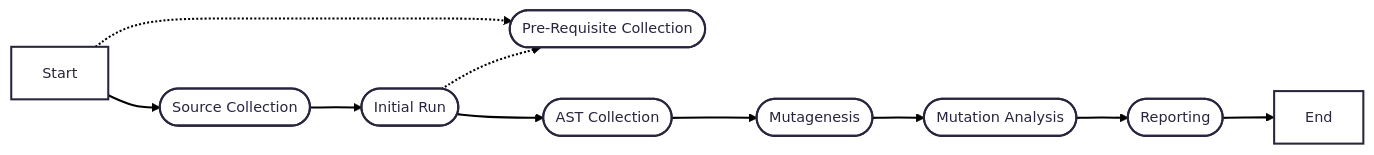
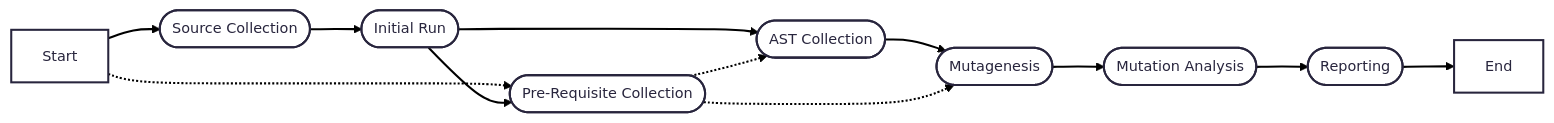
One commit to infection/infection changed the diagram in doc/workflow.md. Above: the diagram before and after it, drawn with Mermaid. The commit also changed other lines of this file and 56 other files, not shown here.

````diff
--- a/doc/workflow.md
+++ b/doc/workflow.md
@@ -10,18 +10,19 @@
 ```mermaid
 ---
 config:
   theme: redux
   layout: dagre
 ---
 flowchart LR
     A["Start"] --> B(["Source Collection"])
     A -.-> C(["Pre-Requisite Collection"])
     B --> D(["Initial Run"])
-    D -.-> C
+    D --> C
     D --> E(["AST Collection"])
+    C -.-> E
     E --> F(["Mutagenesis"])
+    C -.-> F
     F --> G(["Mutation Analysis"])
     G --> H(["Reporting"])
     H --> I["End"]
-
 ```
````
